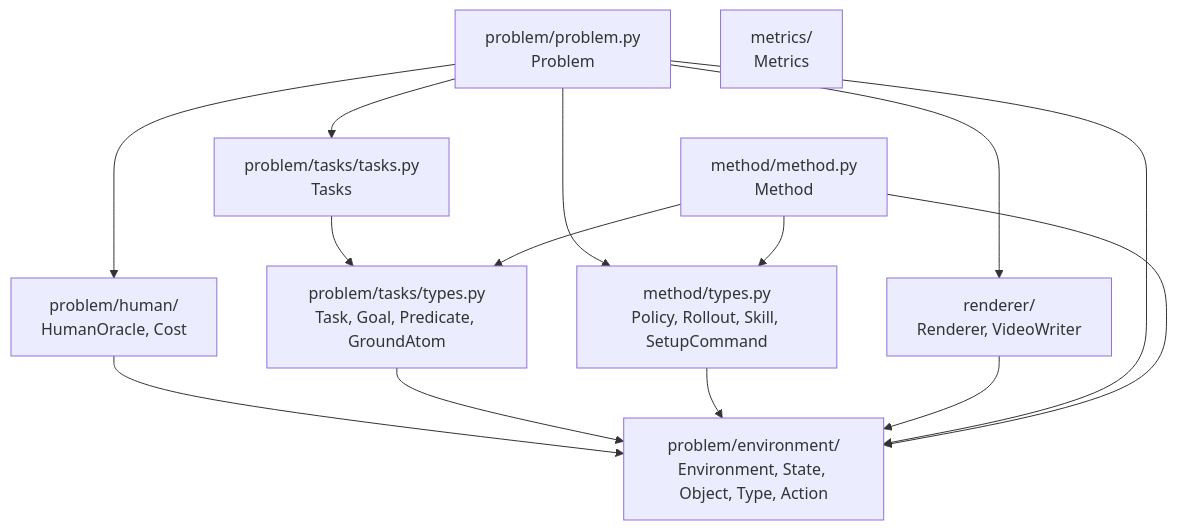
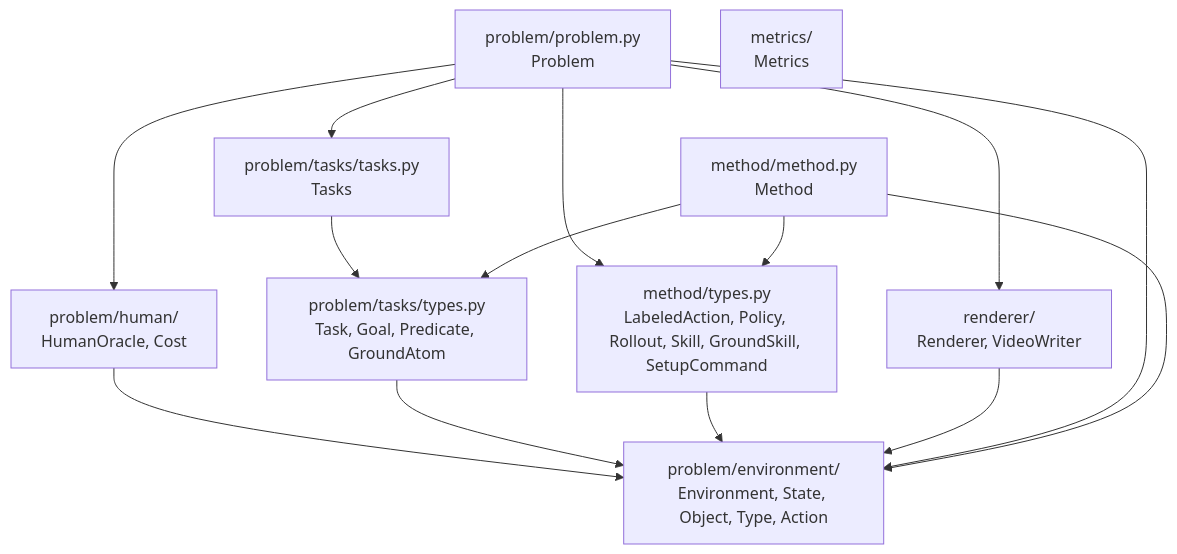
One commit to joshnroy/human-in-the-loop-practice-makes-perfect changed the second of 2 diagrams in src/hitl_pmp/core/README.md. Above: the diagram before and after it, drawn with Mermaid. The commit also changed other lines of this file and 29 other files, not shown here.

First line of the commit message:
Port Skill/GroundSkill types + concrete Light Switch skills (#6)

````diff
--- a/src/hitl_pmp/core/README.md
+++ b/src/hitl_pmp/core/README.md
@@ -260,26 +320,26 @@
 ```mermaid
 graph TD
     env["problem/environment/<br/>Environment, State, Object, Type, Action"]
     ho["problem/human/<br/>HumanOracle, Cost"]
     tasktypes["problem/tasks/types.py<br/>Task, Goal, Predicate, GroundAtom"]
     tasks["problem/tasks/tasks.py<br/>Tasks"]
-    mtypes["method/types.py<br/>Policy, Rollout, Skill, SetupCommand"]
+    mtypes["method/types.py<br/>LabeledAction, Policy, Rollout, Skill, GroundSkill, SetupCommand"]
     renderer["renderer/<br/>Renderer, VideoWriter"]
     problem["problem/problem.py<br/>Problem"]
     method["method/method.py<br/>Method"]
     metrics["metrics/<br/>Metrics"]
 
     ho --> env
     tasktypes --> env
     tasks --> tasktypes
     mtypes --> env
     renderer --> env
     problem --> env
     problem --> ho
     problem --> tasks
     problem --> mtypes
     problem --> renderer
     method --> env
     method --> mtypes
     method --> tasktypes
 ```
````
